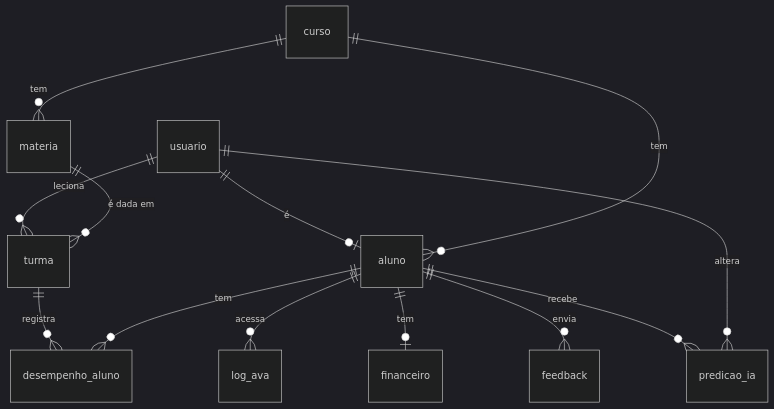
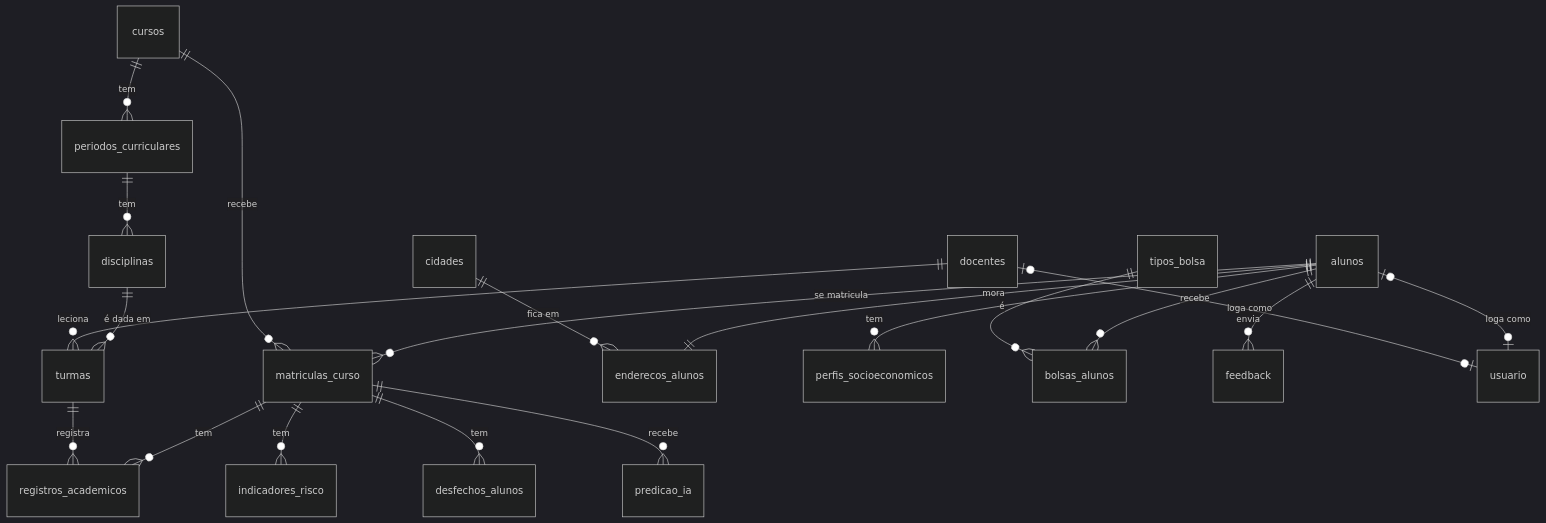
The fourth of 4 diagrams in readme.md (DiegoGDutra/Projeto-Espiada), drawn with Mermaid (dark theme) before and after one commit. The commit also changed other lines of this file and 23 other files, not shown here.

First line of the commit message:
Adota o schema do dataset sintético e importa os dados fornecidos

````diff
--- a/readme.md
+++ b/readme.md
@@ -179,15 +184,22 @@
 ```mermaid
 erDiagram
-    usuario ||--o| aluno : "é"
-    usuario ||--o{ turma : "leciona"
-    curso ||--o{ aluno : "tem"
-    curso ||--o{ materia : "tem"
-    materia ||--o{ turma : "é dada em"
-    turma ||--o{ desempenho_aluno : "registra"
-    aluno ||--o{ desempenho_aluno : "tem"
-    aluno ||--o{ log_ava : "acessa"
-    aluno ||--o| financeiro : "tem"
-    aluno ||--o{ feedback : "envia"
-    aluno ||--o{ predicao_ia : "recebe"
-    usuario ||--o{ predicao_ia : "altera"
+    cursos ||--o{ periodos_curriculares : "tem"
+    periodos_curriculares ||--o{ disciplinas : "tem"
+    disciplinas ||--o{ turmas : "é dada em"
+    docentes ||--o{ turmas : "leciona"
+    alunos ||--o{ matriculas_curso : "se matricula"
+    cursos ||--o{ matriculas_curso : "recebe"
+    matriculas_curso ||--o{ registros_academicos : "tem"
+    turmas ||--o{ registros_academicos : "registra"
+    alunos ||--|| enderecos_alunos : "mora"
+    cidades ||--o{ enderecos_alunos : "fica em"
+    alunos ||--o{ perfis_socioeconomicos : "tem"
+    alunos ||--o{ bolsas_alunos : "recebe"
+    tipos_bolsa ||--o{ bolsas_alunos : "é"
+    matriculas_curso ||--o{ indicadores_risco : "tem"
+    matriculas_curso ||--o{ desfechos_alunos : "tem"
+    matriculas_curso ||--o{ predicao_ia : "recebe"
+    alunos ||--o{ feedback : "envia"
+    alunos |o--o| usuario : "loga como"
+    docentes |o--o| usuario : "loga como"
 ```
````
